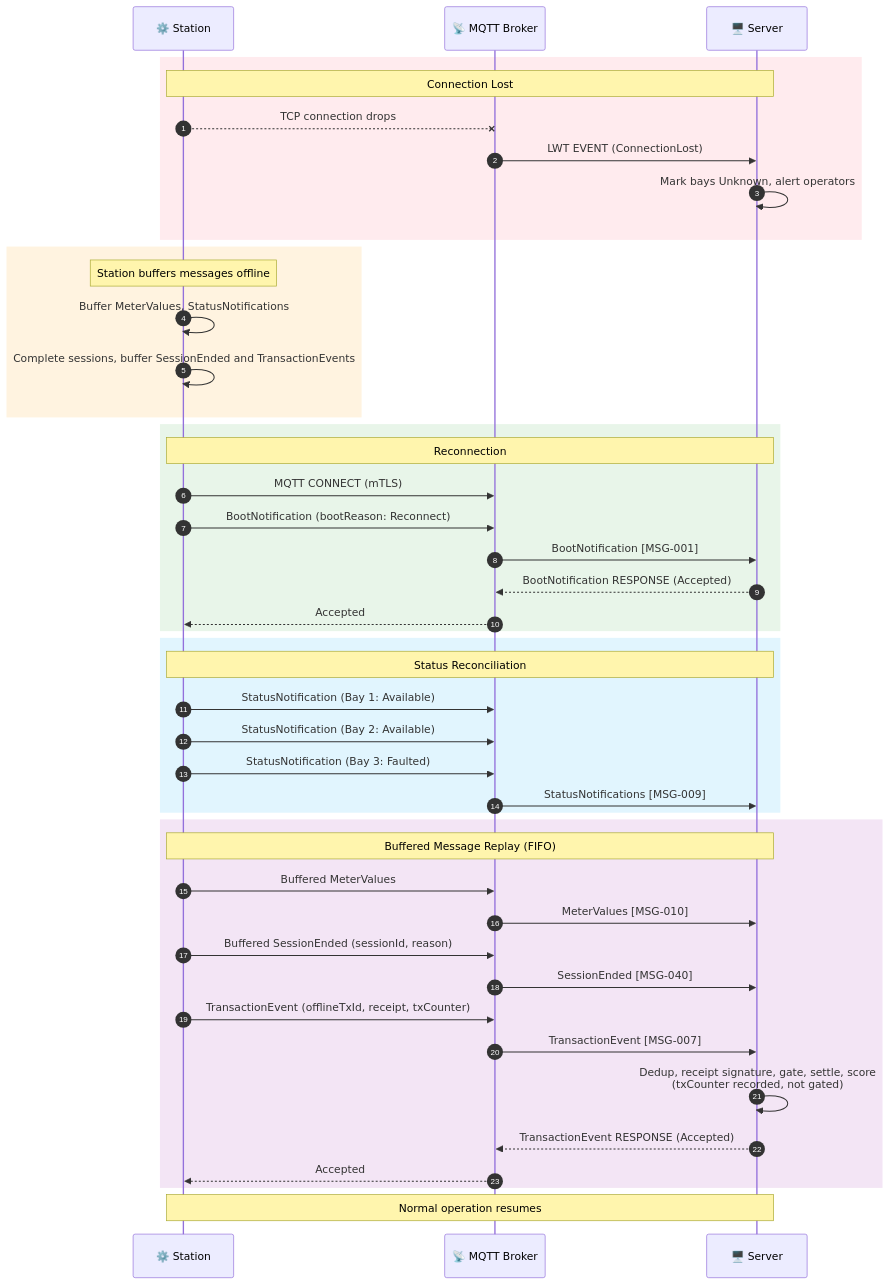
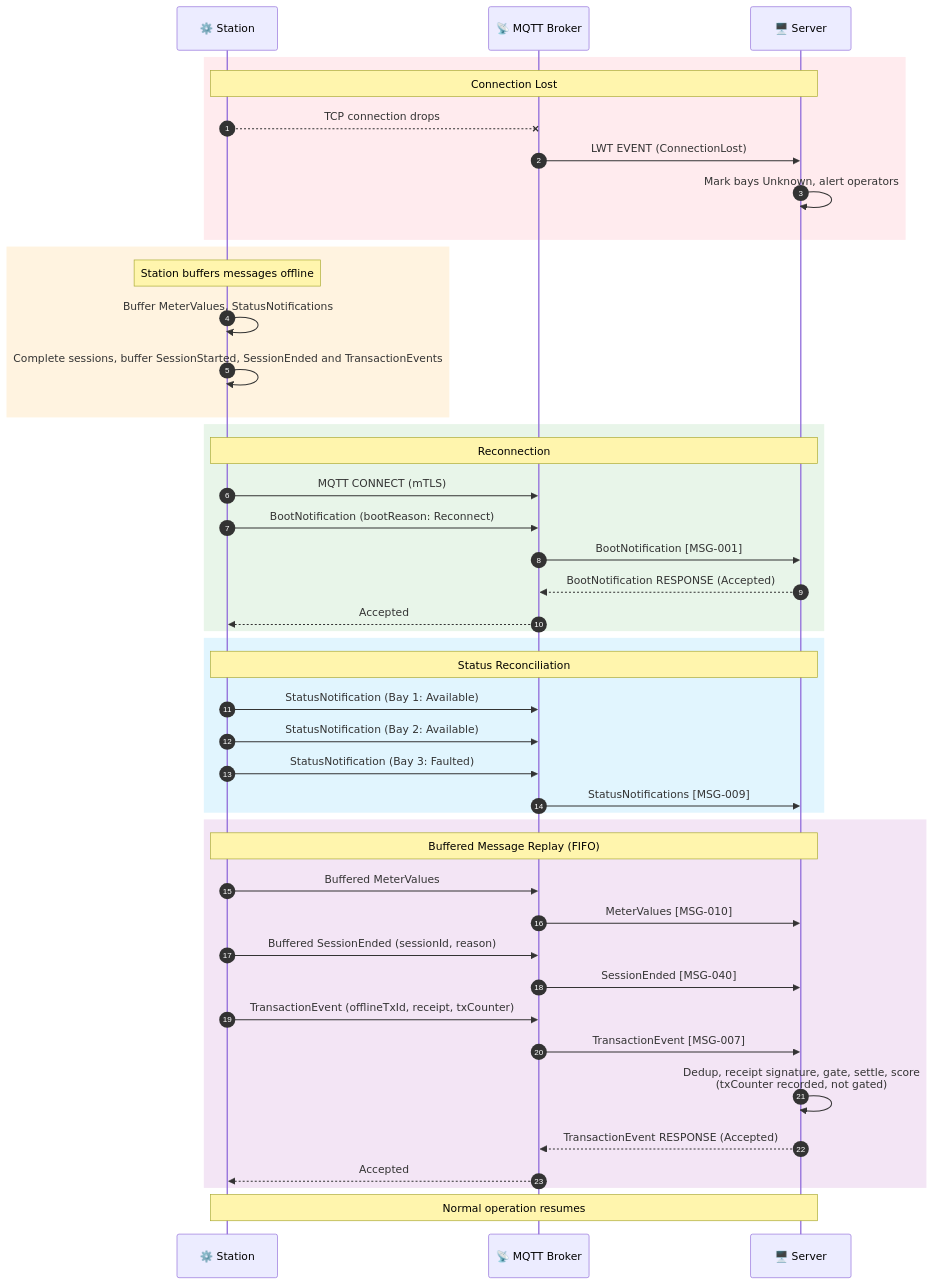
Before and after one commit to ospp-org/spec: the seventh of 7 diagrams in diagrams/README.md, drawn with Mermaid. The commit also changed 26 other files, not shown here.

````diff
--- a/diagrams/README.md
+++ b/diagrams/README.md
@@ -305,53 +305,53 @@
 ```mermaid
 sequenceDiagram
     autonumber
 
     participant Station as ⚙️ Station
     participant Broker as 📡 MQTT Broker
     participant Server as 🖥️ Server
 
     rect rgb(255, 235, 238)
         Note over Station,Server: Connection Lost
         Station--xBroker: TCP connection drops
         Broker->>Server: LWT EVENT (ConnectionLost)
         Server->>Server: Mark bays Unknown, alert operators
     end
 
     rect rgb(255, 243, 224)
         Note over Station: Station buffers messages offline
         Station->>Station: Buffer MeterValues, StatusNotifications
-        Station->>Station: Complete sessions, buffer SessionEnded and TransactionEvents
+        Station->>Station: Complete sessions, buffer SessionStarted, SessionEnded and TransactionEvents
     end
 
     rect rgb(232, 245, 233)
         Note over Station,Server: Reconnection
         Station->>Broker: MQTT CONNECT (mTLS)
         Station->>Broker: BootNotification (bootReason: Reconnect)
         Broker->>Server: BootNotification [MSG-001]
         Server-->>Broker: BootNotification RESPONSE (Accepted)
         Broker-->>Station: Accepted
     end
 
     rect rgb(225, 245, 254)
         Note over Station,Server: Status Reconciliation
         Station->>Broker: StatusNotification (Bay 1: Available)
         Station->>Broker: StatusNotification (Bay 2: Available)
         Station->>Broker: StatusNotification (Bay 3: Faulted)
         Broker->>Server: StatusNotifications [MSG-009]
     end
 
     rect rgb(243, 229, 245)
         Note over Station,Server: Buffered Message Replay (FIFO)
         Station->>Broker: Buffered MeterValues
         Broker->>Server: MeterValues [MSG-010]
         Station->>Broker: Buffered SessionEnded (sessionId, reason)
         Broker->>Server: SessionEnded [MSG-040]
         Station->>Broker: TransactionEvent (offlineTxId, receipt, txCounter)
         Broker->>Server: TransactionEvent [MSG-007]
         Server->>Server: Dedup, receipt signature, gate, settle, score<br/>(txCounter recorded, not gated)
         Server-->>Broker: TransactionEvent RESPONSE (Accepted)
         Broker-->>Station: Accepted
     end
 
     Note over Station,Server: Normal operation resumes
 ```
````
